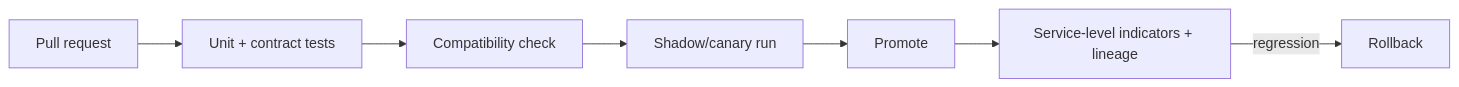
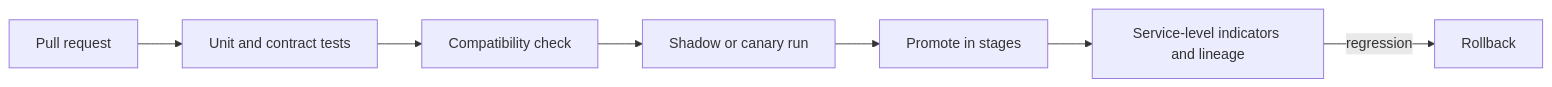
One commit to MarioOrellana58/data-engineering-interviews-study-guide changed the diagram in intermediate/05-dataops/README.md. Above: the diagram before and after it, drawn with Mermaid. The commit also changed 9 other files, not shown here.

Commit message:
Fixed mermaid diagrams broken

````diff
--- a/intermediate/05-dataops/README.md
+++ b/intermediate/05-dataops/README.md
@@ -9,9 +9,9 @@
 ```mermaid
 flowchart LR
-    PR[Pull request] --> U[Unit + contract tests]
-    U --> C[Compatibility check]
-    C --> S[Shadow/canary run]
-    S --> P[Promote]
-    P --> O[Service-level indicators + lineage]
-    O -->|regression| R[Rollback]
+    PR["Pull request"] --> U["Unit and contract tests"]
+    U --> C["Compatibility check"]
+    C --> S["Shadow or canary run"]
+    S --> P["Promote in stages"]
+    P --> O["Service-level indicators and lineage"]
+    O -->|"regression"| R["Rollback"]
 ```
````
